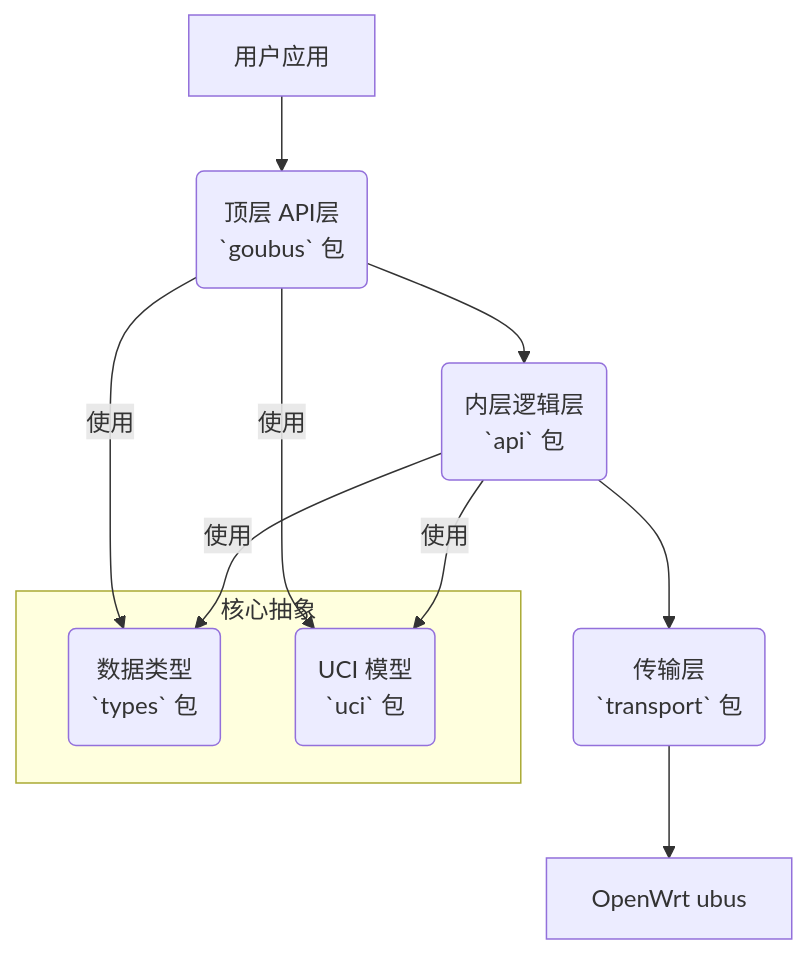
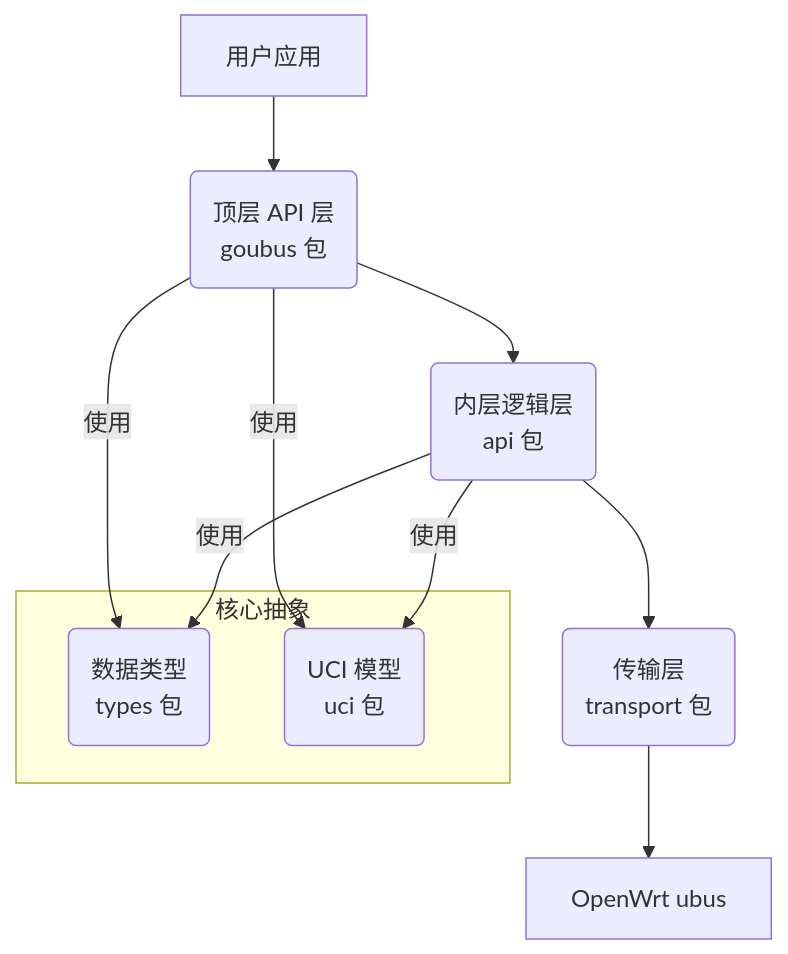
The diagram in README_CN.md (HoneyBBQ/goubus), drawn with Mermaid before and after one commit. The commit also changed other lines of this file and 1 other file, not shown here.

Commit message:
docs: correct some error

````diff
--- a/README_CN.md
+++ b/README_CN.md
@@ -58,17 +58,17 @@
 ```mermaid
 graph TD
-    A[用户应用] --> B(顶层 API层<br/>`goubus` 包);
-    B --> C(内层逻辑层<br/>`api` 包);
-    C --> D(传输层<br/>`transport` 包);
+    A[用户应用] --> B(顶层 API 层<br/> goubus 包);
+    B --> C(内层逻辑层<br/> api 包);
+    C --> D(传输层<br/> transport 包);
     D --> E[OpenWrt ubus];
 
     subgraph "核心抽象"
-        F(数据类型<br/>`types` 包)
-        G(UCI 模型<br/>`uci` 包)
+        F(数据类型<br/> types 包)
+        G(UCI 模型<br/> uci 包)
     end
 
     B -- 使用 --> F;
     B -- 使用 --> G;
     C -- 使用 --> F;
     C -- 使用 --> G;
 ```
````
